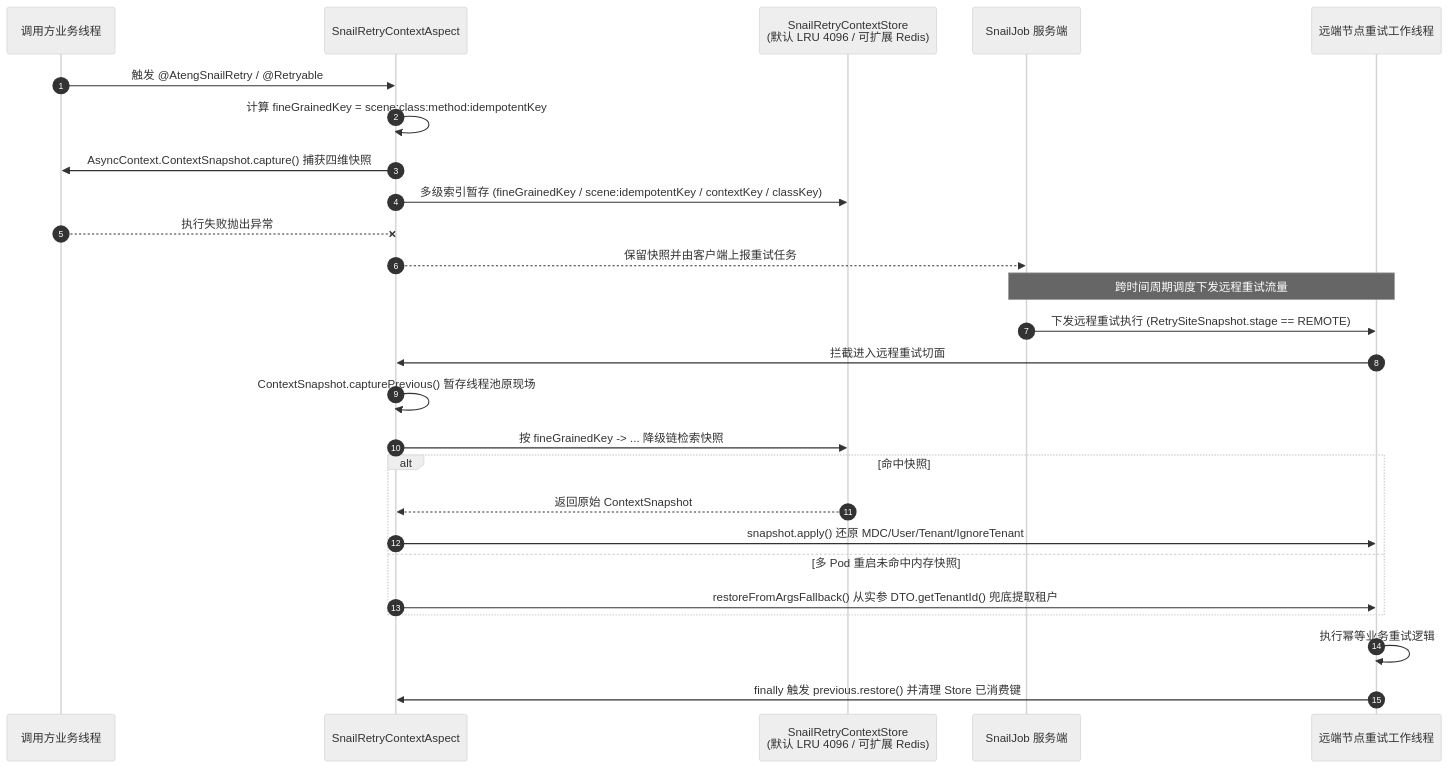
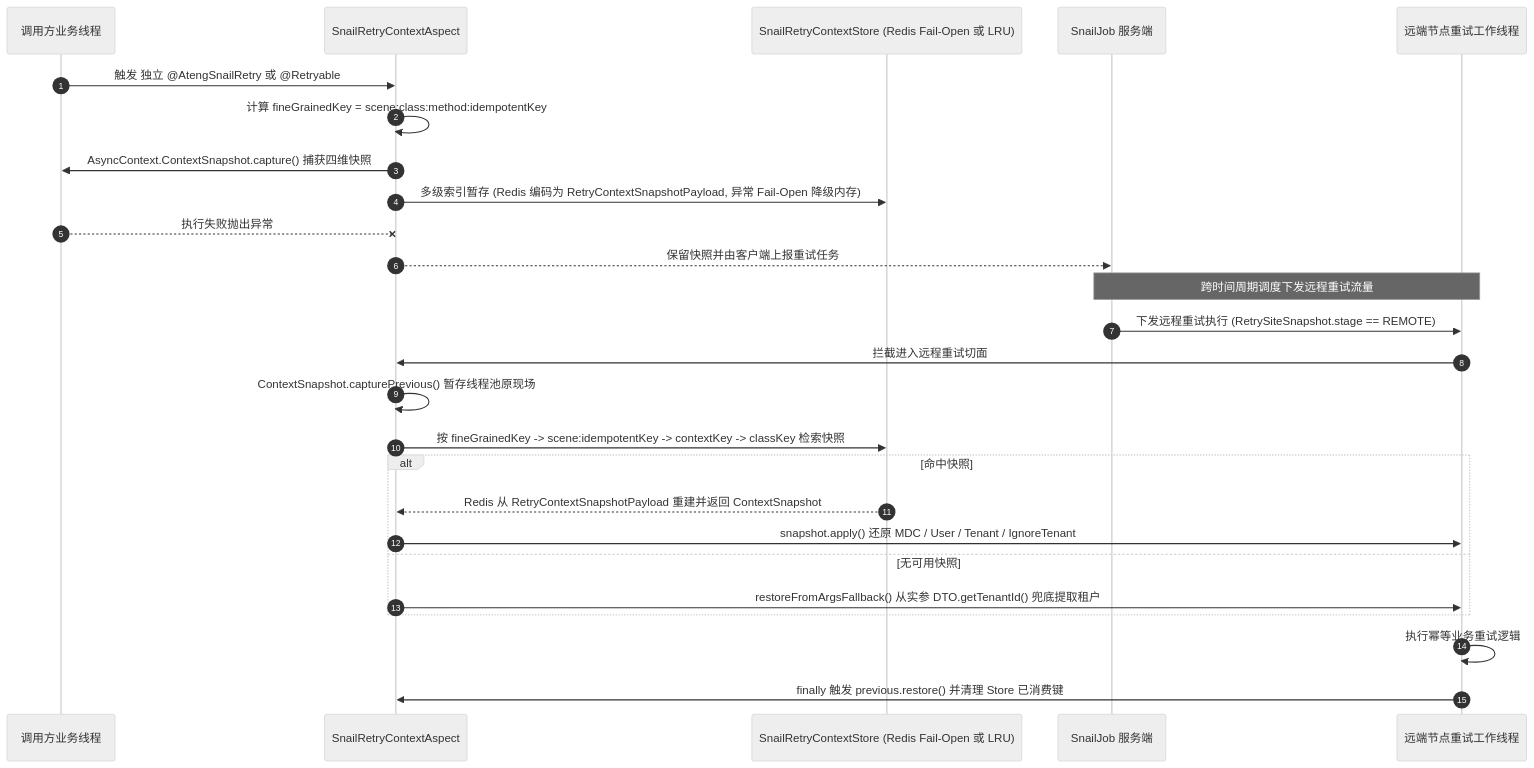
The second of 3 diagrams in ateng-boot-job-snail/README.md (atengk/ateng-boot), drawn with Mermaid (neutral theme) before and after one commit. The commit also changed other lines of this file and 5 other files, not shown here.

````diff
--- a/ateng-boot-job-snail/README.md
+++ b/ateng-boot-job-snail/README.md
@@ -141,30 +143,30 @@
 ```mermaid
 sequenceDiagram
     autonumber
     participant Caller as 调用方业务线程
     participant Aspect as SnailRetryContextAspect
-    participant Store as SnailRetryContextStore<br/>(默认 LRU 4096 / 可扩展 Redis)
+    participant Store as SnailRetryContextStore (Redis Fail-Open 或 LRU)
     participant Server as SnailJob 服务端
     participant Remote as 远端节点重试工作线程
 
-    Caller->>Aspect: 触发 @AtengSnailRetry / @Retryable
+    Caller->>Aspect: 触发 独立 @AtengSnailRetry 或 @Retryable
     Aspect->>Aspect: 计算 fineGrainedKey = scene:class:method:idempotentKey
     Aspect->>Caller: AsyncContext.ContextSnapshot.capture() 捕获四维快照
-    Aspect->>Store: 多级索引暂存 (fineGrainedKey / scene:idempotentKey / contextKey / classKey)
+    Aspect->>Store: 多级索引暂存 (Redis 编码为 RetryContextSnapshotPayload, 异常 Fail-Open 降级内存)
     Caller--xAspect: 执行失败抛出异常
     Aspect-->>Server: 保留快照并由客户端上报重试任务
 
     Note over Server,Remote: 跨时间周期调度下发远程重试流量
     Server->>Remote: 下发远程重试执行 (RetrySiteSnapshot.stage == REMOTE)
     Remote->>Aspect: 拦截进入远程重试切面
     Aspect->>Aspect: ContextSnapshot.capturePrevious() 暂存线程池原现场
-    Aspect->>Store: 按 fineGrainedKey -> ... 降级链检索快照
+    Aspect->>Store: 按 fineGrainedKey -> scene:idempotentKey -> contextKey -> classKey 检索快照
     alt 命中快照
-        Store-->>Aspect: 返回原始 ContextSnapshot
-        Aspect->>Remote: snapshot.apply() 还原 MDC/User/Tenant/IgnoreTenant
-    else 多 Pod 重启未命中内存快照
+        Store-->>Aspect: Redis 从 RetryContextSnapshotPayload 重建并返回 ContextSnapshot
+        Aspect->>Remote: snapshot.apply() 还原 MDC / User / Tenant / IgnoreTenant
+    else 无可用快照
         Aspect->>Remote: restoreFromArgsFallback() 从实参 DTO.getTenantId() 兜底提取租户
     end
     Remote->>Remote: 执行幂等业务重试逻辑
     Remote->>Aspect: finally 触发 previous.restore() 并清理 Store 已消费键
 ```
````
